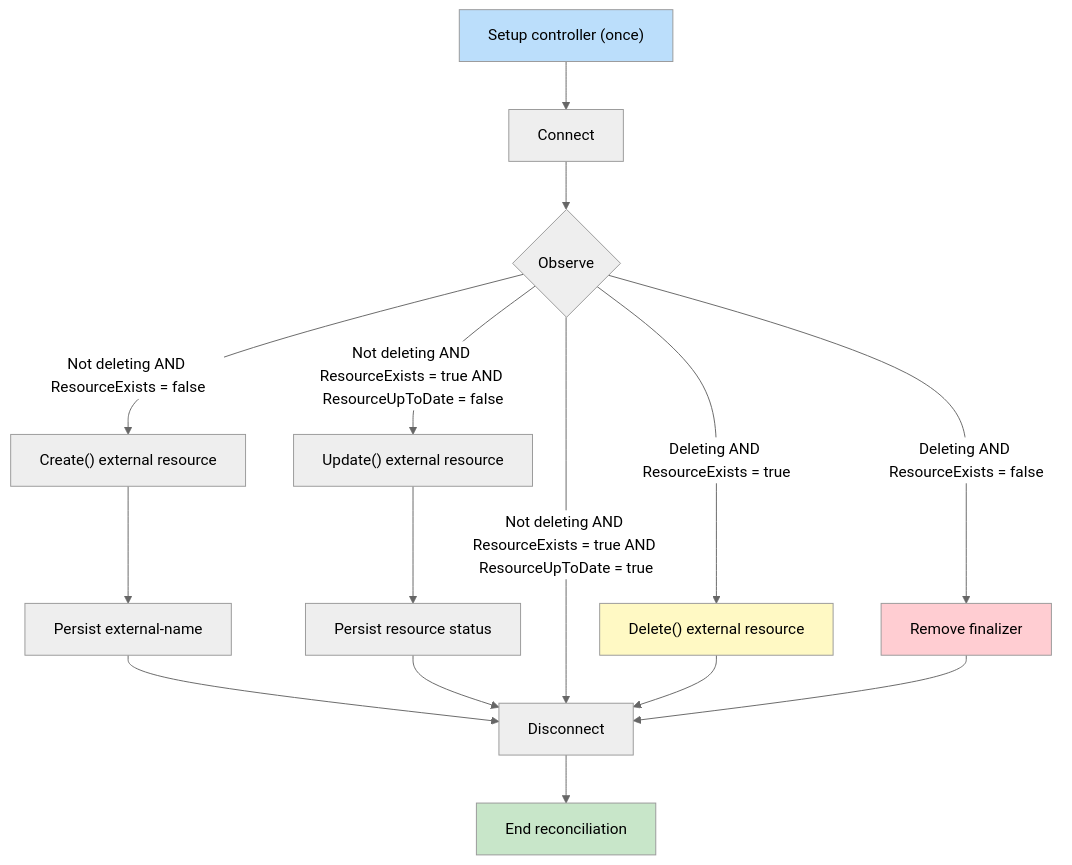
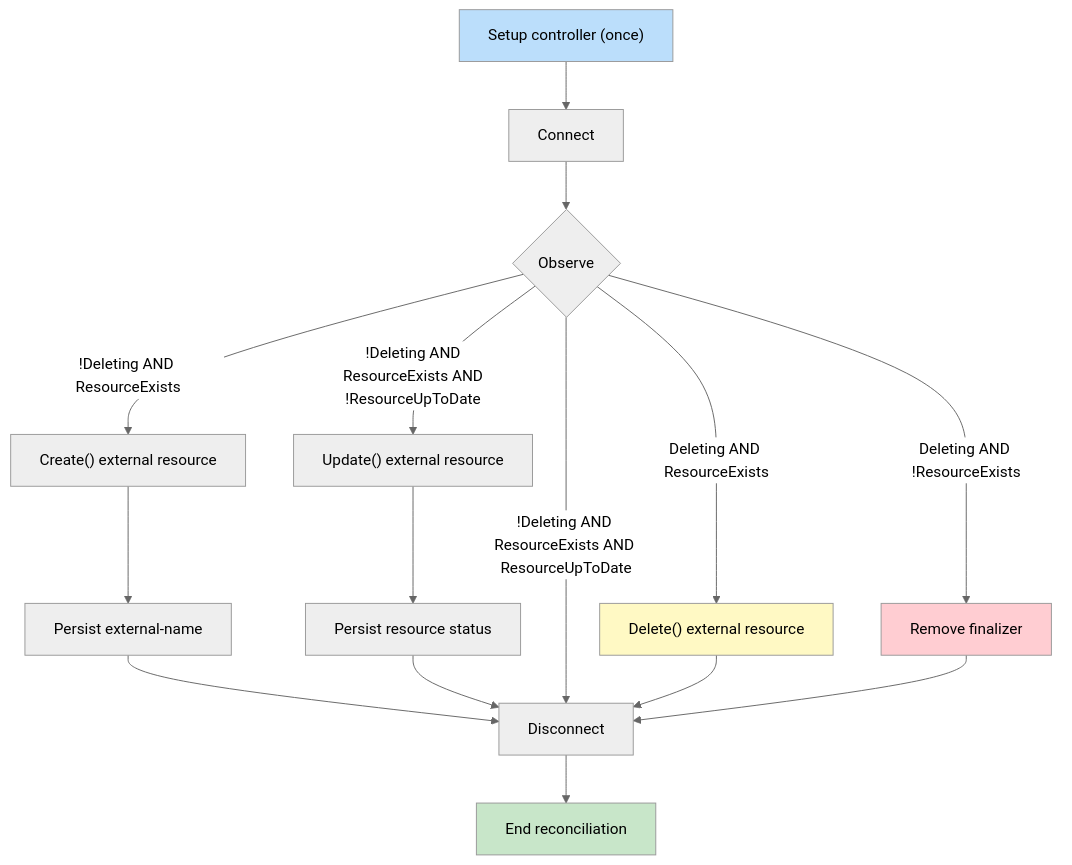
Before and after one commit to brunoluiz/brunoluiz.github.io: the diagram in content/blog/2026/jun/crossplane-providers/index.md, drawn with Mermaid (neutral theme).

Commit message:
tweak diagram

````diff
--- a/content/blog/2026/jun/crossplane-providers/index.md
+++ b/content/blog/2026/jun/crossplane-providers/index.md
@@ -56,27 +56,27 @@
 ```mermaid
 flowchart TD
     Setup["Setup controller (once)"] --> Connect["Connect"]
     Connect --> Observe{"Observe"}
 
-    Observe -- "Not deleting AND ResourceExists = false" --> Create["Create() external resource"]
+    Observe -- "!Deleting AND ResourceExists" --> Create["Create() external resource"]
     Create --> CreateName["Persist external-name"]
     CreateName --> Disconnect["Disconnect"]
 
-    Observe -- "Not deleting AND ResourceExists = true AND ResourceUpToDate = false" --> Update["Update() external resource"]
+    Observe -- "!Deleting AND<br/>ResourceExists AND<br/>!ResourceUpToDate" --> Update["Update() external resource"]
     Update --> UpdateStatus["Persist resource status"]
     UpdateStatus --> Disconnect
 
-    Observe -- "Not deleting AND ResourceExists = true AND ResourceUpToDate = true" --> Disconnect
+    Observe -- "!Deleting AND ResourceExists AND ResourceUpToDate" --> Disconnect
 
-    Observe -- "Deleting AND ResourceExists = true" --> Delete["Delete() external resource"]
+    Observe -- "Deleting AND ResourceExists" --> Delete["Delete() external resource"]
     Delete --> Disconnect
-    Observe -- "Deleting AND ResourceExists = false" --> Removed["Remove finalizer"]
+    Observe -- "Deleting AND !ResourceExists" --> Removed["Remove finalizer"]
     Removed --> Disconnect
 
     Disconnect --> End["End reconciliation"]
 
     style Setup fill:#BBDEFB
     style End fill:#C8E6C9
     style Delete fill:#FFF9C4
     style Removed fill:#FFCDD2
 ```
````
